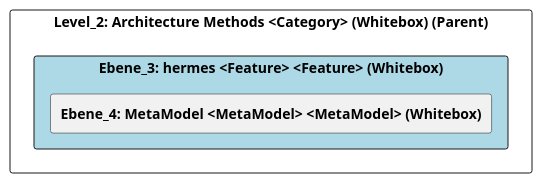
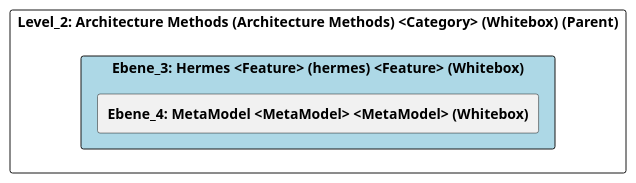
Before and after one commit to marcozwyssig/cleon: the diagram in doc/cleonproject_deliverables_architecture_model_architecture/adoc/de/05_bausteinsicht/cleon/architecture_methods/hermes/ebene_3_hermes.adoc, drawn with PlantUML. The commit also changed other lines of this file and 166 other files, not shown here.

```diff
--- a/doc/cleonproject_deliverables_architecture_model_architecture/adoc/de/05_bausteinsicht/cleon/architecture_methods/hermes/ebene_3_hermes.adoc
+++ b/doc/cleonproject_deliverables_architecture_model_architecture/adoc/de/05_bausteinsicht/cleon/architecture_methods/hermes/ebene_3_hermes.adoc
@@ -20,26 +20,26 @@
-[plantuml, Ebene_3: hermes <Feature> <Feature> (Whitebox)BlockOverview, format="svg"]
+[plantuml, Ebene_3: Hermes <Feature> (hermes) <Feature> (Whitebox)BlockOverview, format="svg"]
 ----
-@startuml Ebene_3: hermes <Feature> <Feature> (Whitebox)BuildingBlockOverview
+@startuml Ebene_3: Hermes <Feature> (hermes) <Feature> (Whitebox)BuildingBlockOverview
 
 skinparam ranksep 10
 skinparam componentStyle rectangle
 skinparam shadowing false
 skinparam arrowColor lightblue
 skinparam arrowThickness 1.2
 skinparam rectangle {
   BackgroundColor White
   BorderColor #333
   RoundCorner 10
 }
 top to bottom direction
 
-component "Level_2: Architecture Methods <Category> (Whitebox) (Parent)" {
-    component "Ebene_3: hermes <Feature> <Feature> (Whitebox)" #lightblue {
+component "Level_2: Architecture Methods (Architecture Methods) <Category> (Whitebox) (Parent)" {
+    component "Ebene_3: Hermes <Feature> (hermes) <Feature> (Whitebox)" #lightblue {
         [**Ebene_4: MetaModel <MetaModel> <MetaModel> (Whitebox)**] as 6BD431AC_DCBE_11EF_87B5_5327CB6D0EC7
     }
 
     
 }
 
 @enduml
 ----
```
